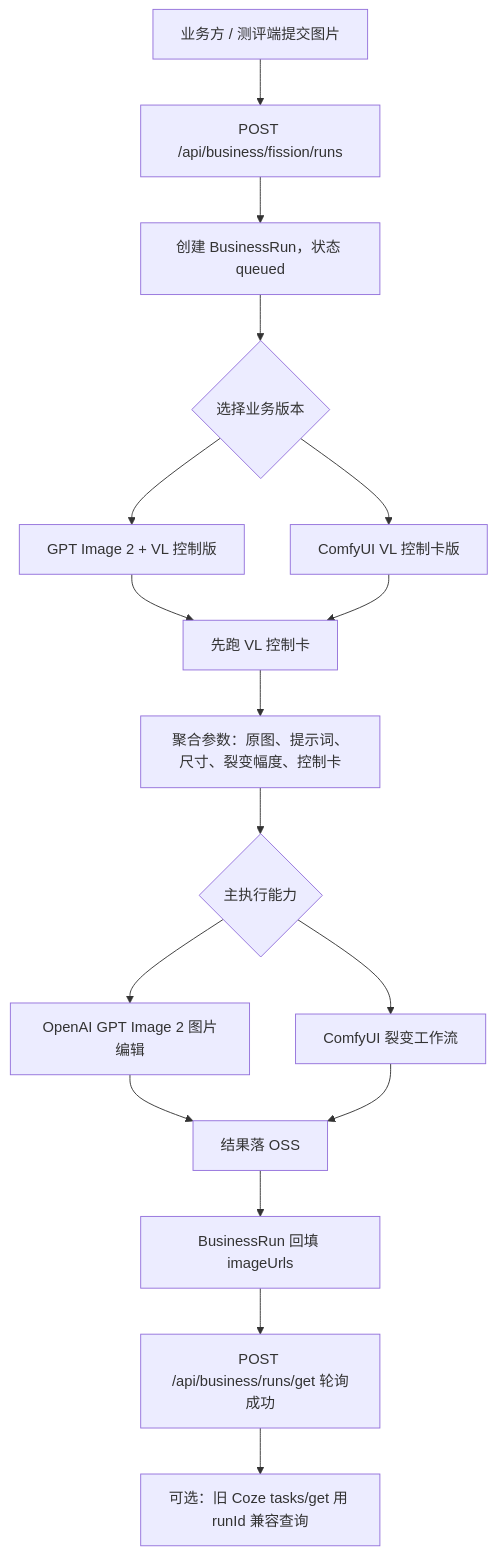
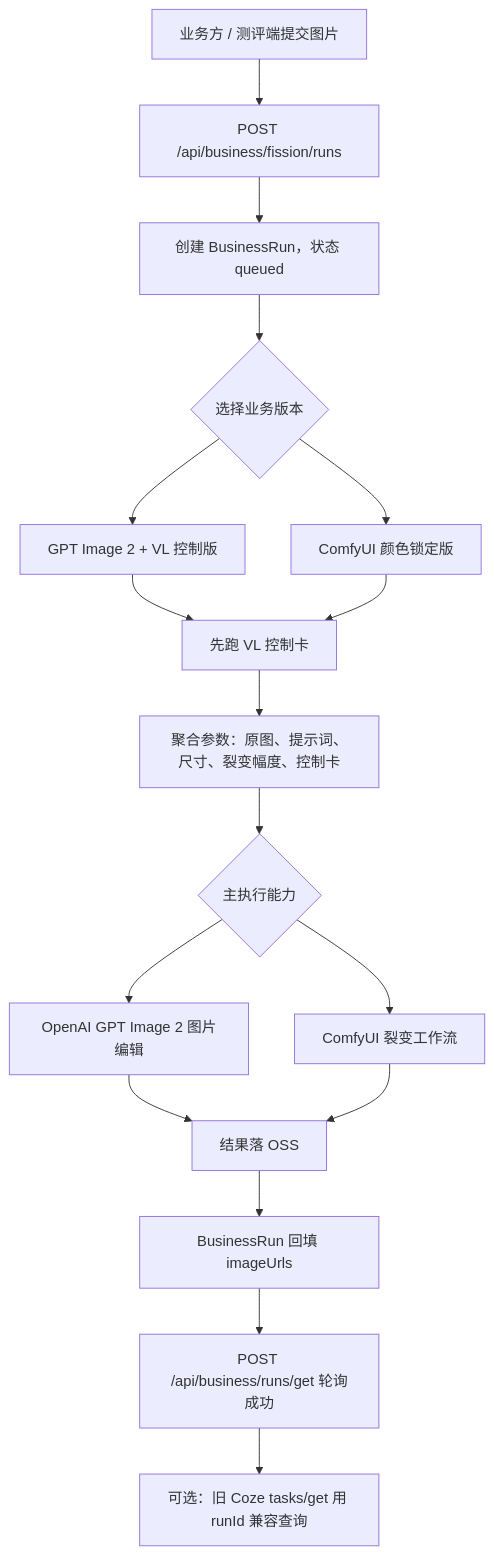
One commit to zhangx1234994/POD_AI changed the second of 3 diagrams in docs/api/examples/fission-delivery-contract-2026-05-12.md. Above: the diagram before and after it, drawn with Mermaid. The commit also changed other lines of this file and 18 other files, not shown here.

````diff
--- a/docs/api/examples/fission-delivery-contract-2026-05-12.md
+++ b/docs/api/examples/fission-delivery-contract-2026-05-12.md
@@ -129,19 +129,19 @@
 ```mermaid
 flowchart TD
     A["业务方 / 测评端提交图片"] --> B["POST /api/business/fission/runs"]
     B --> C["创建 BusinessRun，状态 queued"]
     C --> D{"选择业务版本"}
     D --> E["GPT Image 2 + VL 控制版"]
-    D --> F["ComfyUI VL 控制卡版"]
+    D --> F["ComfyUI 颜色锁定版"]
     E --> G["先跑 VL 控制卡"]
     F --> G
     G --> H["聚合参数：原图、提示词、尺寸、裂变幅度、控制卡"]
     H --> I{"主执行能力"}
     I --> J["OpenAI GPT Image 2 图片编辑"]
     I --> K["ComfyUI 裂变工作流"]
     J --> L["结果落 OSS"]
     K --> L
     L --> M["BusinessRun 回填 imageUrls"]
     M --> N["POST /api/business/runs/get 轮询成功"]
     N --> O["可选：旧 Coze tasks/get 用 runId 兼容查询"]
 ```
````
